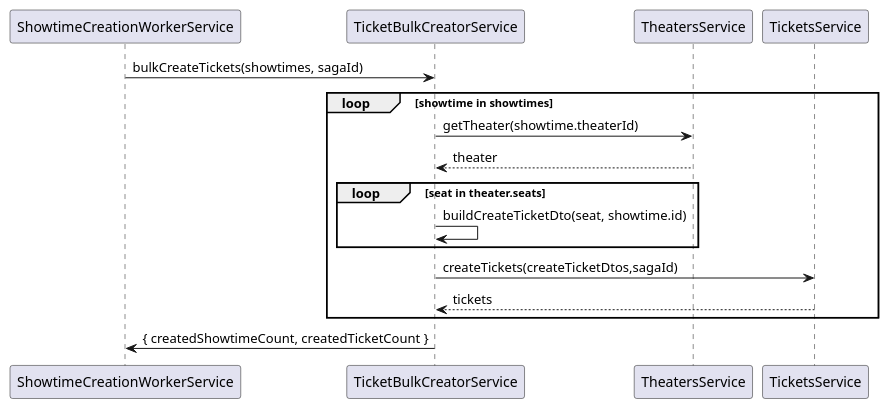
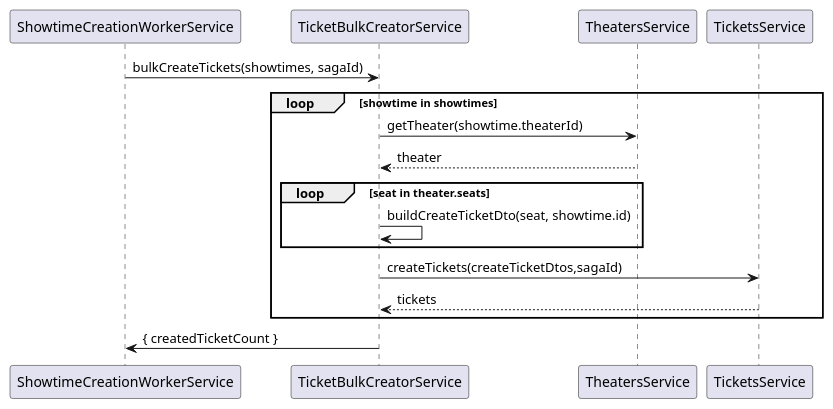
Diagram 14 of 17 in _posts/3026-06-11-backend-design-3.5.md (mannercode/mannercode.github.io), drawn with PlantUML before and after one commit. The commit also changed other lines of this file and 9 other files, not shown here.

```diff
--- a/_posts/3026-06-11-backend-design-3.5.md
+++ b/_posts/3026-06-11-backend-design-3.5.md
@@ -516,21 +522,21 @@
 {% plantuml %}
 @startuml
 participant "ShowtimeCreationWorkerService" as worker
 participant "TicketBulkCreatorService" as TCreator
 participant "TheatersService" as theaters
 participant "TicketsService" as tickets
 
 worker -> TCreator: bulkCreateTickets(showtimes, sagaId)
 
 loop showtime in showtimes
     TCreator -> theaters: getTheater(showtime.theaterId)
     TCreator <-- theaters: theater
     loop seat in theater.seats
         TCreator -> TCreator: buildCreateTicketDto(seat, showtime.id)
     end
     TCreator -> tickets: createTickets(createTicketDtos,sagaId)
     TCreator <-- tickets: tickets
 end
-worker <- TCreator: { createdShowtimeCount, createdTicketCount }
+worker <- TCreator: { createdTicketCount }
 @enduml
 {% endplantuml %}
```
